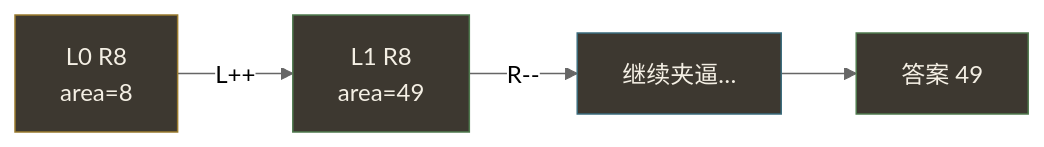
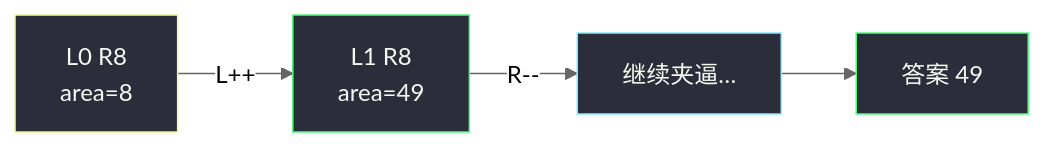
The third of 3 diagrams in solutions/base/container-with-most-water.md (socoo123/algorithm_pratices_web), drawn with Mermaid (neutral theme) before and after one commit. The commit also changed other lines of this file and 10 other files, not shown here.

First line of the commit message:
Fix Mermaid contrast on parchment theme and add #438 solution.

````diff
--- a/solutions/base/container-with-most-water.md
+++ b/solutions/base/container-with-most-water.md
@@ -240,11 +240,11 @@
 ```mermaid
 flowchart LR
     S0["L0 R8<br/>area=8"] -->|"L++"| S1["L1 R8<br/>area=49"]
     S1 -->|"R--"| S2["继续夹逼…"]
     S2 --> ANS["答案 49"]
 
-    style S0 fill:#3d3830,stroke:#9a7b2e,color:#f4efe4
-    style S1 fill:#3d3830,stroke:#4f7a4e,color:#f4efe4
-    style S2 fill:#3d3830,stroke:#3a6b7c,color:#f4efe4
-    style ANS fill:#3d3830,stroke:#4f7a4e,color:#f4efe4
+    style S0 fill:#2b2d3a,stroke:#f1fa8c,color:#f8f8f2
+    style S1 fill:#2b2d3a,stroke:#50fa7b,color:#f8f8f2
+    style S2 fill:#2b2d3a,stroke:#8be9fd,color:#f8f8f2
+    style ANS fill:#2b2d3a,stroke:#50fa7b,color:#f8f8f2
 ```
````
